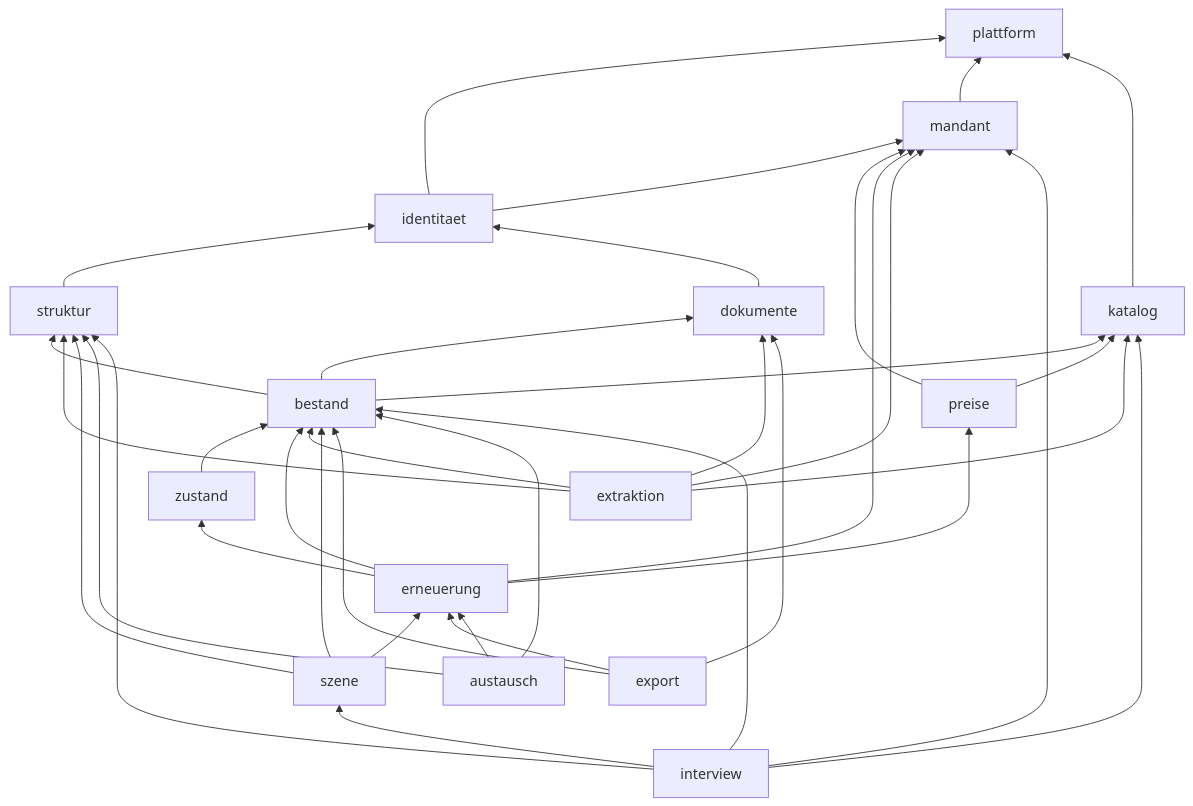
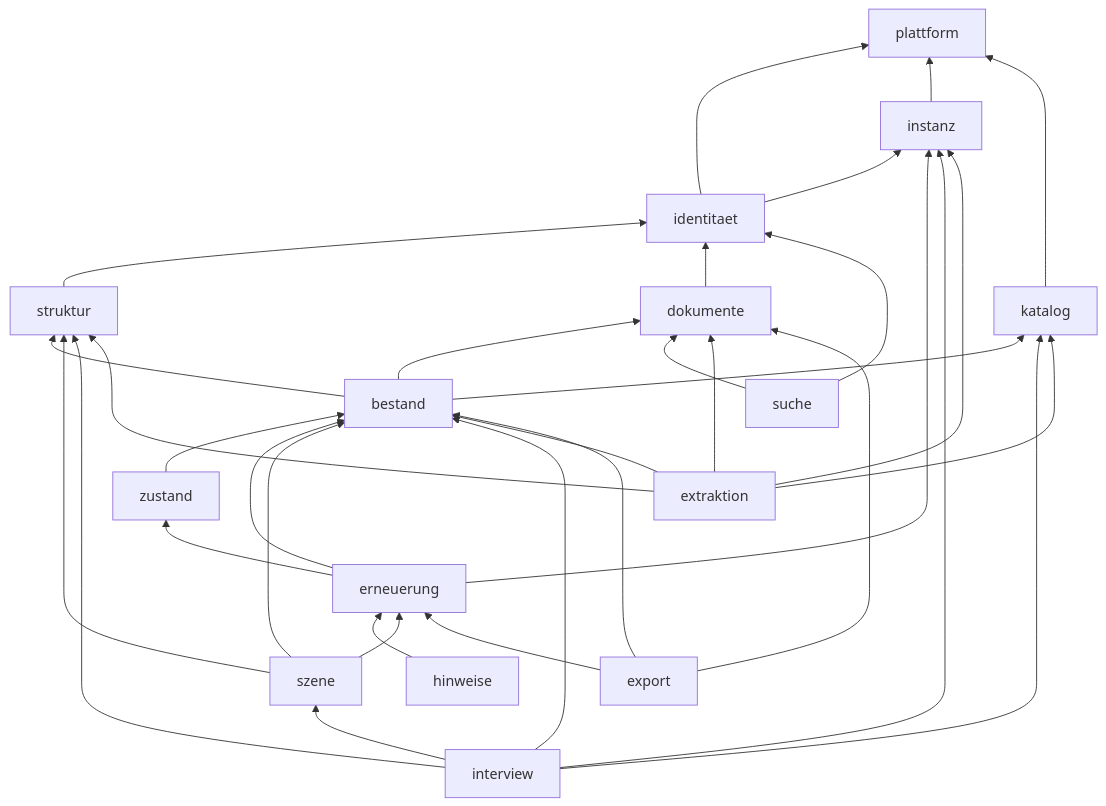
One commit to mattarge04-gif/Planora changed the diagram in docs/architektur/bmad/planning-artifacts/architecture/architecture-Planora-2026-11-08/ARCHITECTURE-SPINE.md. Above: the diagram before and after it, drawn with Mermaid. The commit also changed other lines of this file, not shown here.

````diff
--- a/docs/architektur/bmad/planning-artifacts/architecture/architecture-Planora-2026-11-08/ARCHITECTURE-SPINE.md
+++ b/docs/architektur/bmad/planning-artifacts/architecture/architecture-Planora-2026-11-08/ARCHITECTURE-SPINE.md
@@ -24,39 +37,36 @@
 ```mermaid
 flowchart BT
   plattform
   identitaet --> plattform
-  mandant --> plattform
-  identitaet --> mandant
+  instanz --> plattform
+  identitaet --> instanz
   katalog --> plattform
   struktur --> identitaet
   dokumente --> identitaet
   bestand --> struktur
   bestand --> katalog
   bestand --> dokumente
   zustand --> bestand
-  preise --> katalog
-  preise --> mandant
   erneuerung --> bestand
   erneuerung --> zustand
-  erneuerung --> mandant
-  erneuerung --> preise
+  erneuerung --> instanz
+  hinweise --> erneuerung
+  szene --> struktur
+  szene --> bestand
+  szene --> erneuerung
+  interview --> struktur
+  interview --> bestand
+  interview --> katalog
+  interview --> instanz
+  interview --> szene
+  suche --> dokumente
+  suche --> identitaet
   extraktion --> dokumente
   extraktion --> bestand
   extraktion --> struktur
   extraktion --> katalog
-  extraktion --> mandant
-  szene --> struktur
-  szene --> bestand
-  szene --> erneuerung
+  extraktion --> instanz
   export --> erneuerung
   export --> bestand
   export --> dokumente
-  austausch --> bestand
-  austausch --> struktur
-  austausch --> erneuerung
-  interview --> struktur
-  interview --> bestand
-  interview --> katalog
-  interview --> mandant
-  interview --> szene
 ```
````
